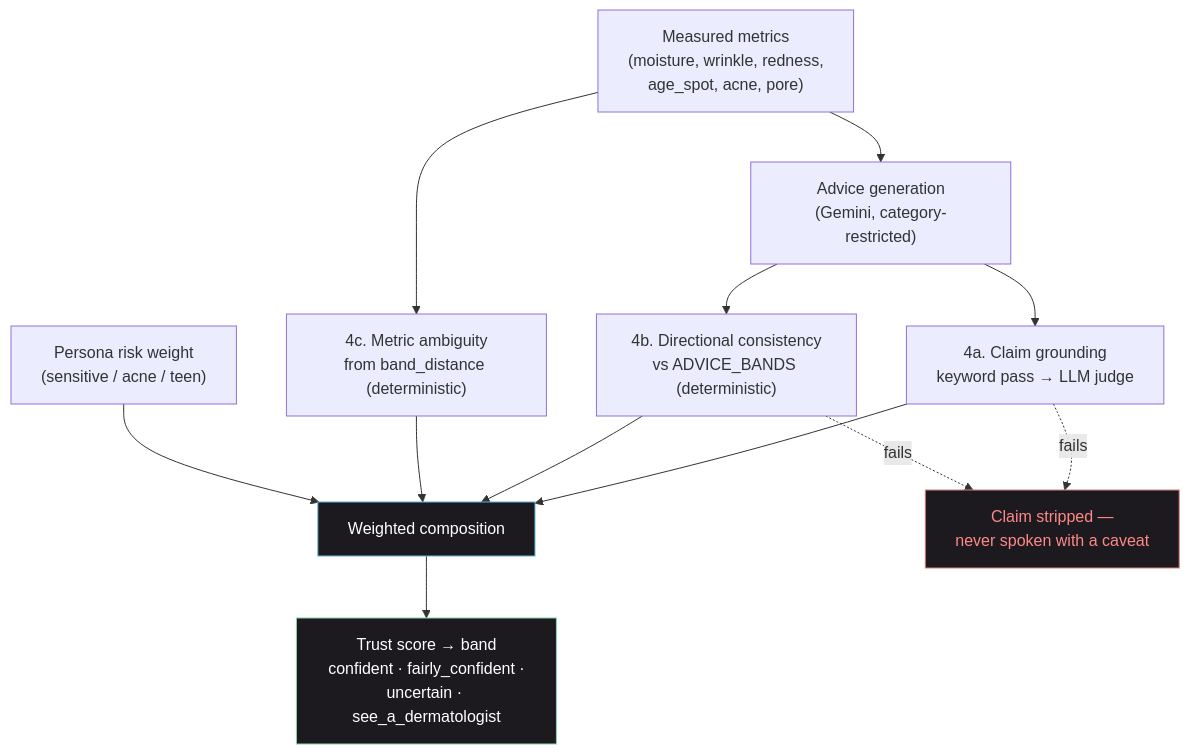
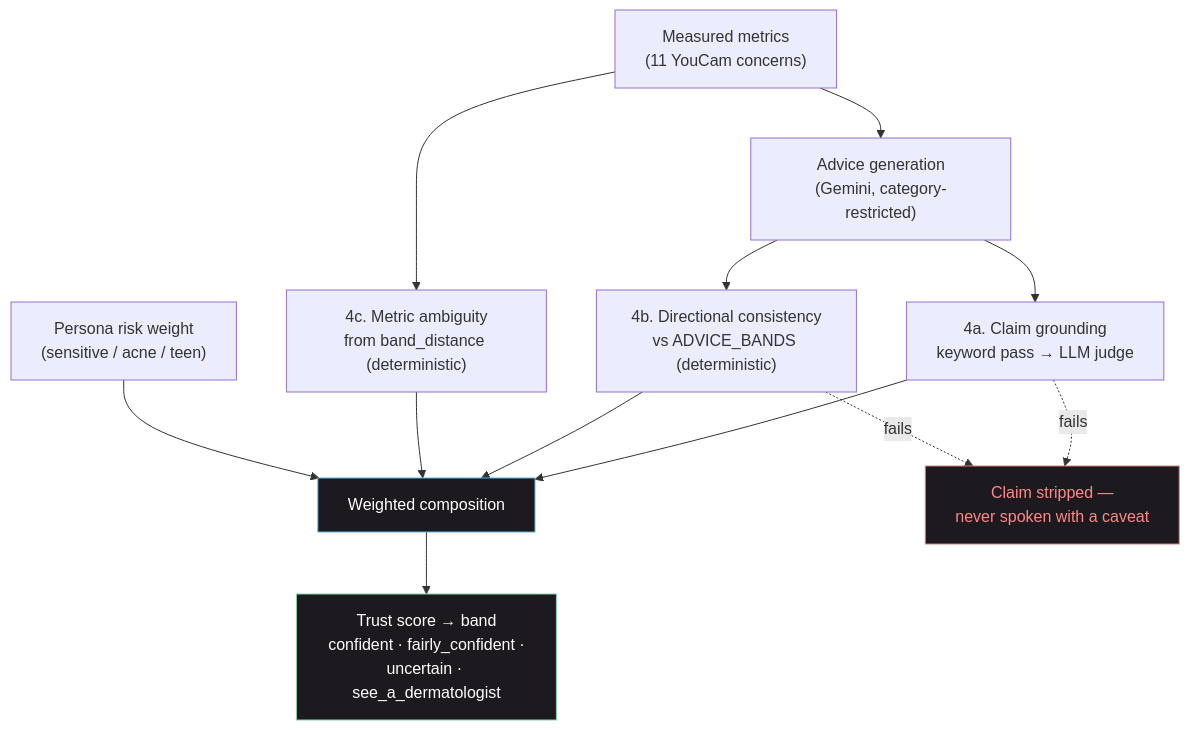
Before and after one commit to ask-anannya/Wabi-Sabi: the third of 3 diagrams in README.md, drawn with Mermaid. The commit also changed other lines of this file and 4 other files, not shown here.

Commit message:
Docs: bring architecture, README, About and grounding docs up to date

````diff
--- a/README.md
+++ b/README.md
@@ -182,18 +193,18 @@
 ```mermaid
 flowchart TD
-    M["Measured metrics<br/>(moisture, wrinkle, redness,<br/>age_spot, acne, pore)"] --> G["Advice generation<br/>(Gemini, category-restricted)"]
+    M["Measured metrics<br/>(11 YouCam concerns)"] --> G["Advice generation<br/>(Gemini, category-restricted)"]
     G --> C1["4a. Claim grounding<br/>keyword pass → LLM judge"]
     G --> C2["4b. Directional consistency<br/>vs ADVICE_BANDS (deterministic)"]
     M --> C3["4c. Metric ambiguity<br/>from band_distance (deterministic)"]
     C1 --> T["Weighted composition"]
     C2 --> T
     C3 --> T
     P["Persona risk weight<br/>(sensitive / acne / teen)"] --> T
     T --> S["Trust score → band<br/>confident · fairly_confident ·<br/>uncertain · see_a_dermatologist"]
     C1 -. fails .-> X["Claim stripped —<br/>never spoken with a caveat"]
     C2 -. fails .-> X
 
     style T fill:#1c1a1f,stroke:#5fb4d9,color:#fff
     style S fill:#1c1a1f,stroke:#88d4ab,color:#fff
     style X fill:#1c1a1f,stroke:#d4807a,color:#f88
 ```
````
